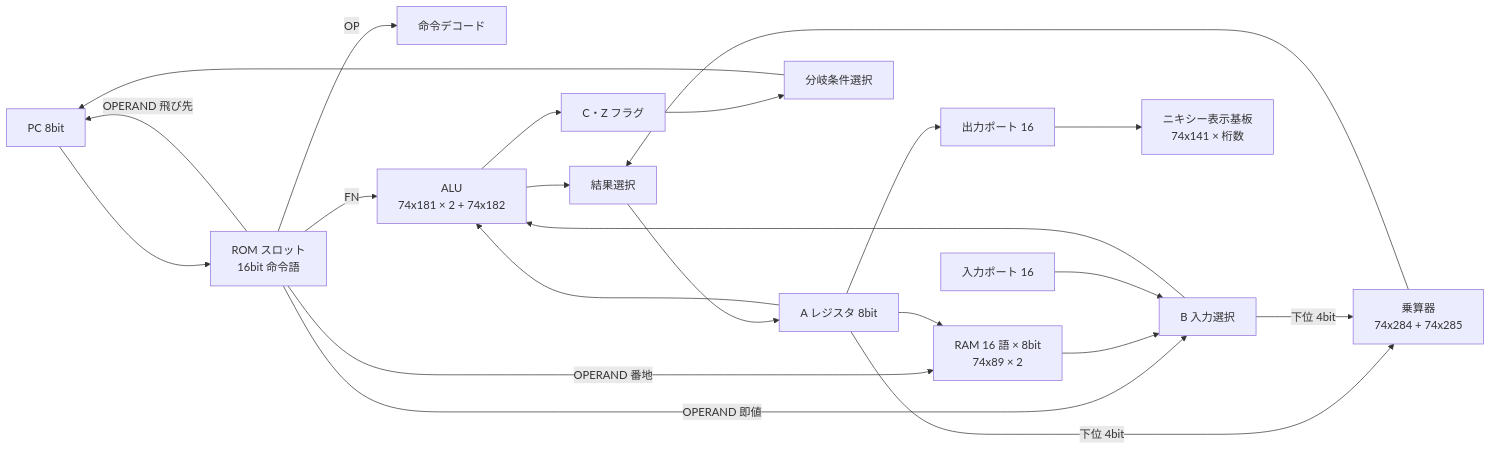
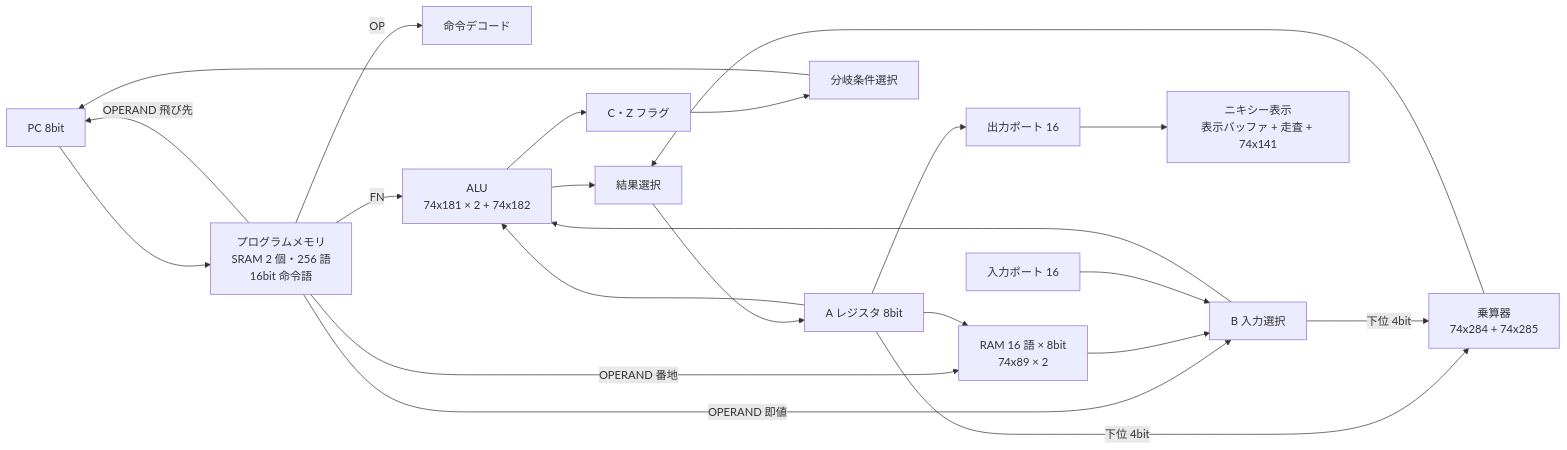
Before and after one commit to radiann-kswg/7400SeriesProcessor: the first of 2 diagrams in docs/ARCHITECTURE.md, drawn with Mermaid. The commit also changed other lines of this file and 11 other files, not shown here.

````diff
--- a/docs/ARCHITECTURE.md
+++ b/docs/ARCHITECTURE.md
@@ -10,24 +10,24 @@
 ```mermaid
 flowchart LR
-  PC[PC 8bit] --> ROM[ROM スロット<br/>16bit 命令語]
+  PC[PC 8bit] --> ROM[プログラムメモリ<br/>SRAM 2 個・256 語<br/>16bit 命令語]
   ROM -- OP --> IDEC[命令デコード]
   ROM -- FN --> ALU
   ROM -- OPERAND 即値 --> BSEL
   ROM -- OPERAND 番地 --> RAM[RAM 16 語 × 8bit<br/>74x89 × 2]
   RAM --> BSEL[B 入力選択]
   INP[入力ポート 16] --> BSEL
   ACC[A レジスタ 8bit] --> ALU[ALU<br/>74x181 × 2 + 74x182]
   BSEL --> ALU
   ACC -- 下位 4bit --> MUL[乗算器<br/>74x284 + 74x285]
   BSEL -- 下位 4bit --> MUL
   ALU --> RSEL[結果選択]
   MUL --> RSEL
   RSEL --> ACC
   ACC --> RAM
   ACC --> OUTP[出力ポート 16]
-  OUTP --> NIX[ニキシー表示基板<br/>74x141 × 桁数]
+  OUTP --> NIX[ニキシー表示<br/>表示バッファ + 走査 + 74x141]
   ALU --> FLAGS[C・Z フラグ]
   FLAGS --> COND[分岐条件選択]
   COND --> PC
   ROM -- OPERAND 飛び先 --> PC
 ```
````
